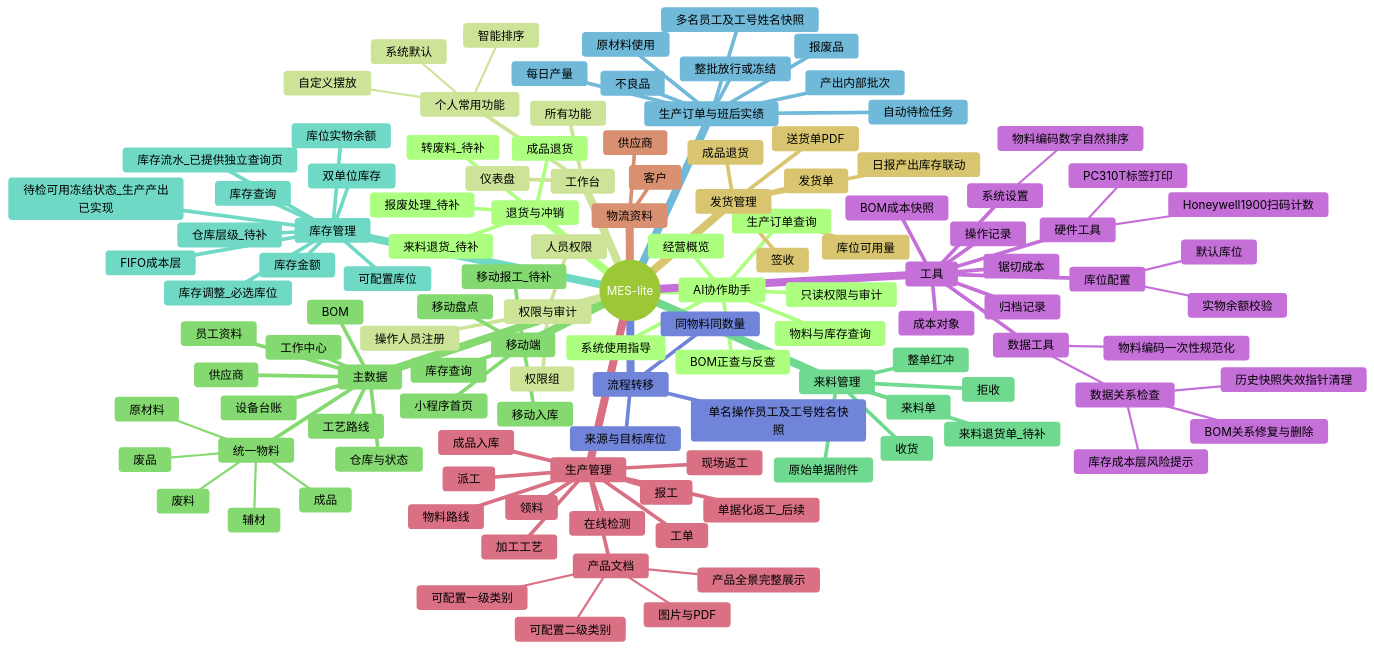
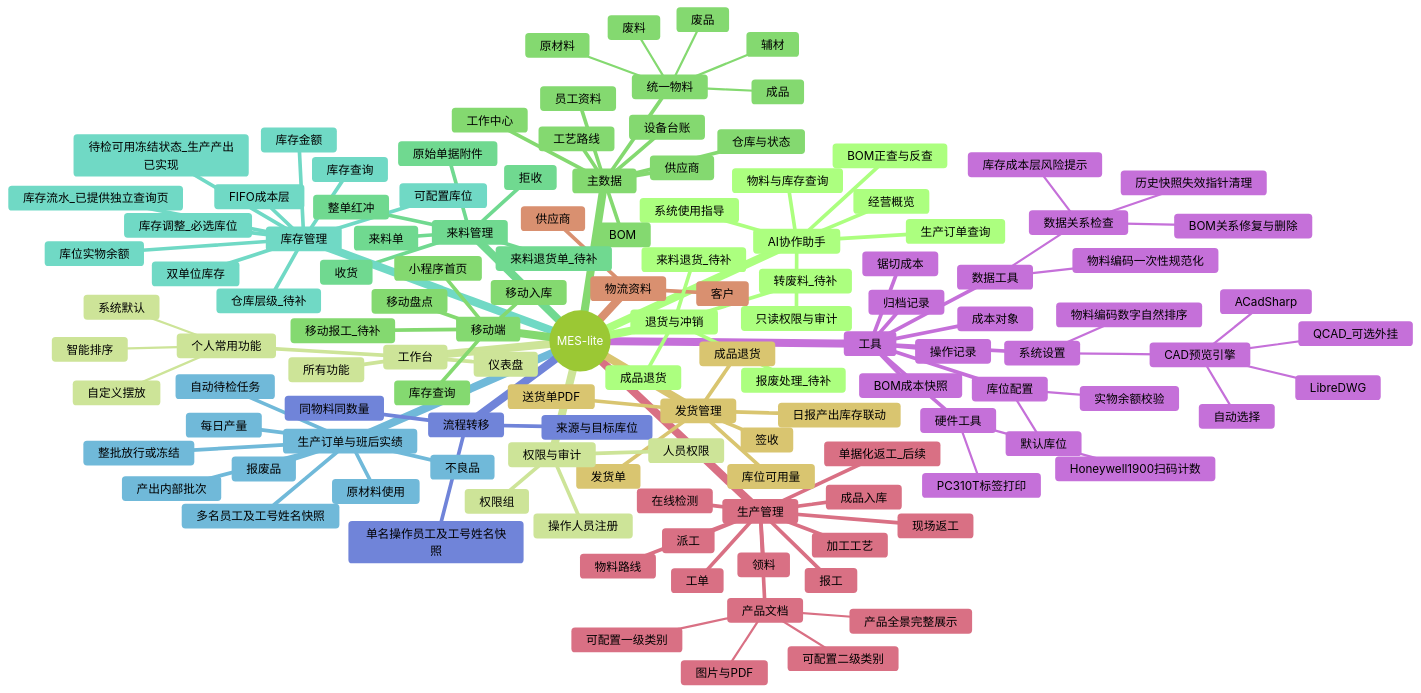
Before and after one commit to goldf2/mes-lite: the first of 18 diagrams in docs/minierp/system-function-flow.md, drawn with Mermaid (forest theme). The commit also changed other lines of this file and 57 other files, not shown here.

```diff
--- a/docs/minierp/system-function-flow.md
+++ b/docs/minierp/system-function-flow.md
@@ -104,6 +104,11 @@
           库存成本层风险提示
       系统设置
         物料编码数字自然排序
+        CAD预览引擎
+          自动选择
+          LibreDWG
+          ACadSharp
+          QCAD_可选外挂
       库位配置
         默认库位
         实物余额校验
```
